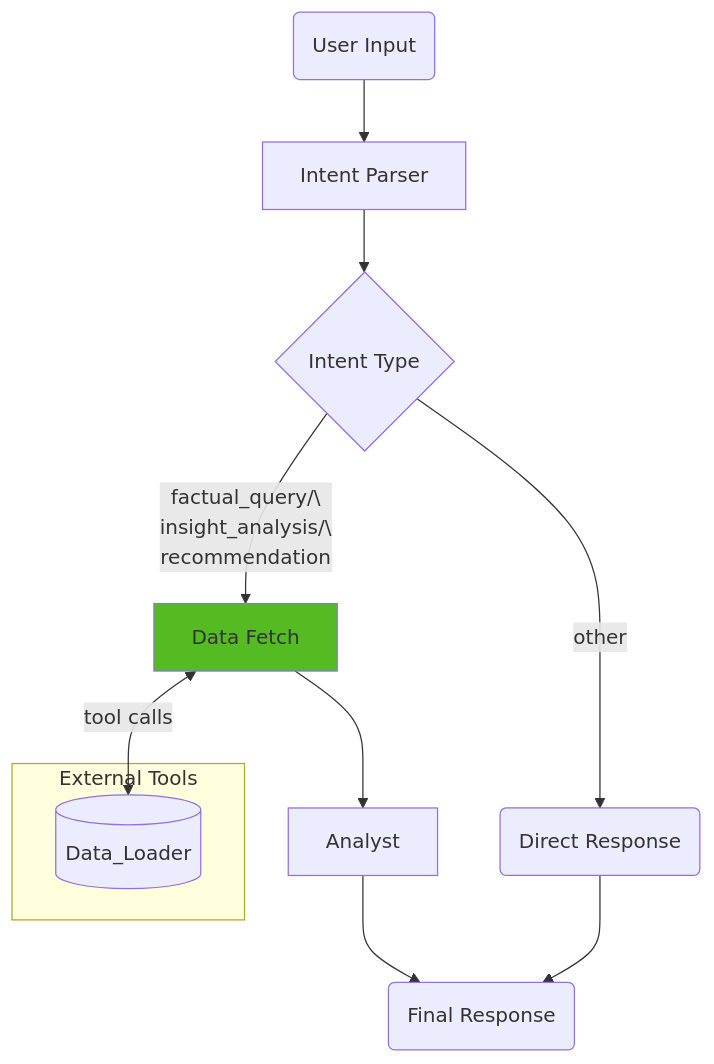
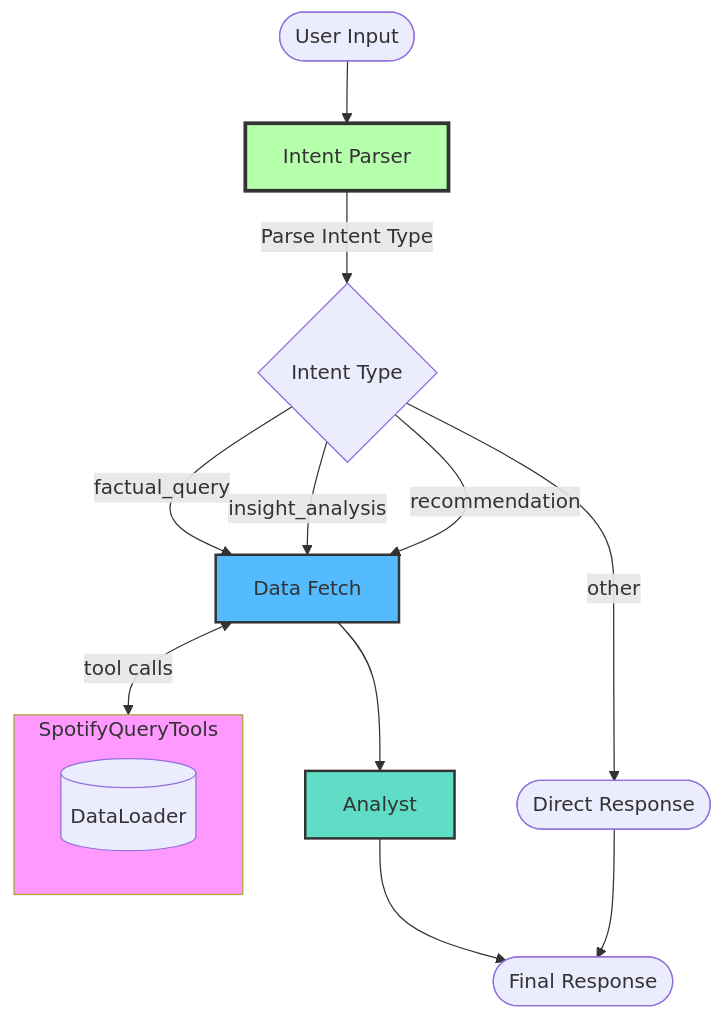
One commit to wcnoname5/spotify-ai-analytics changed the second of 2 diagrams in README.md. Above: the diagram before and after it, drawn with Mermaid. The commit also changed other lines of this file and 9 other files, not shown here.

First line of the commit message:
chore: Keep data loading and analysis functions in separate modules. - Remove several analysis methods from `DataLoader` to keep it handling data only. - Modify `tools.py` to use `analysis_functions.py` instead of methods of `DataLoader` to fit the chore.

````diff
--- a/README.md
+++ b/README.md
@@ -77,20 +73,22 @@
 ```mermaid
-
 graph TD
-
-    subgraph Tooling [External Tools]
-        DL[(Data_Loader)]
+    subgraph Tooling [SpotifyQueryTools]
+        DL[(DataLoader)]
     end
 
-    A(User Input) --> B[Intent Parser]
-    B --> C{Intent Type}
-    D[Data Fetch] <-->|tool calls| DL[(Data_Loader)]
-    C -->|factual_query/\<br>insight_analysis/\<br>recommendation| D
-    C -->|other| E(Direct Response)
-    %%DL[(Data_Loader)] -->|retrieved data| D 
-    D--> F[Analyst]
-    F --> G(Final Response)
+    A([User Input]) --> Intent[Intent Parser]
+    Intent -->|Parse Intent Type| C{Intent Type}
+    D[Data Fetch] <-->|tool calls| Tooling
+    C -->|factual_query| D
+    C -->|insight_analysis| D
+    C -->|recommendation| D
+    C -->|other| E([Direct Response])
+    D --> F[Analyst]
+    F --> G([Final Response])
     E --> G
 
-style D fill: #5b2
+style Intent fill: #7f68,stroke:#333,stroke-width:3px
+style D fill: #5bf,stroke:#333,stroke-width:2px
+style F fill: #1caa,stroke:#333,stroke-width:2px
+style Tooling fill: #f9f
 ```
````
